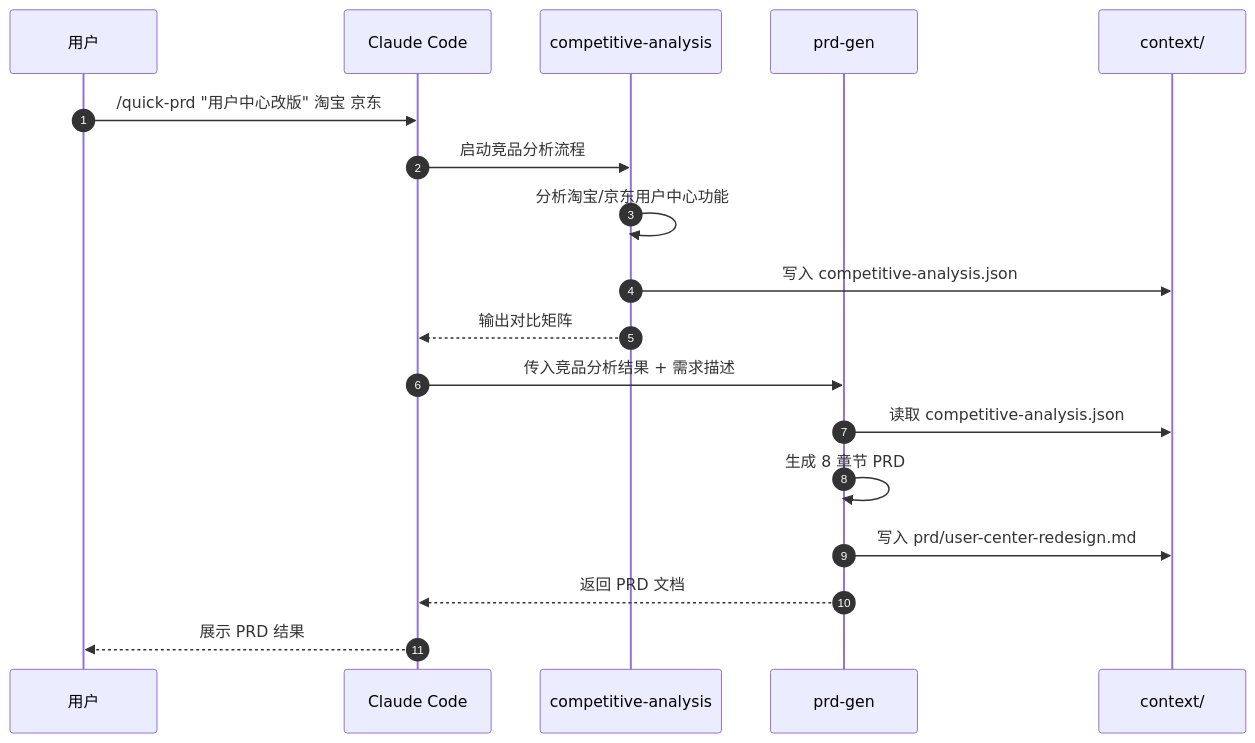
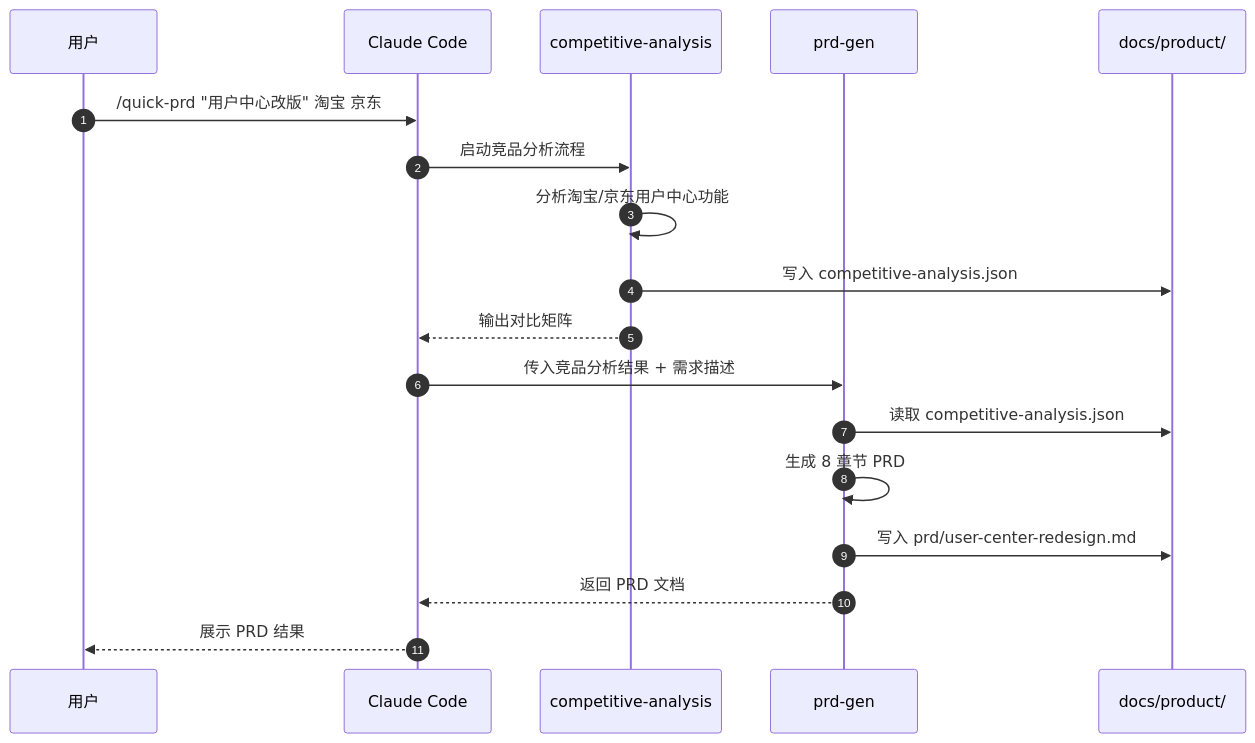
One commit to kelegele/oh-my-pm changed the third of 9 diagrams in docs/architecture/workflow-architecture.md. Above: the diagram before and after it, drawn with Mermaid. The commit also changed other lines of this file and 50 other files, not shown here.

First line of the commit message:
refactor: move context/ to docs/product/ with .ompm/ for intermediate state

````diff
--- a/docs/architecture/workflow-architecture.md
+++ b/docs/architecture/workflow-architecture.md
@@ -88,21 +88,21 @@
 ```mermaid
 sequenceDiagram
     autonumber
     participant U as 用户
     participant CC as Claude Code
     participant CA as competitive-analysis
     participant PG as prd-gen
-    participant CTX as context/
+    participant CTX as docs/product/
 
     U->>CC: /quick-prd "用户中心改版" 淘宝 京东
     CC->>CA: 启动竞品分析流程
     CA->>CA: 分析淘宝/京东用户中心功能
     CA->>CTX: 写入 competitive-analysis.json
     CA-->>CC: 输出对比矩阵
     CC->>PG: 传入竞品分析结果 + 需求描述
     PG->>CTX: 读取 competitive-analysis.json
     PG->>PG: 生成 8 章节 PRD
     PG->>CTX: 写入 prd/user-center-redesign.md
     PG-->>CC: 返回 PRD 文档
     CC-->>U: 展示 PRD 结果
 ```
````
